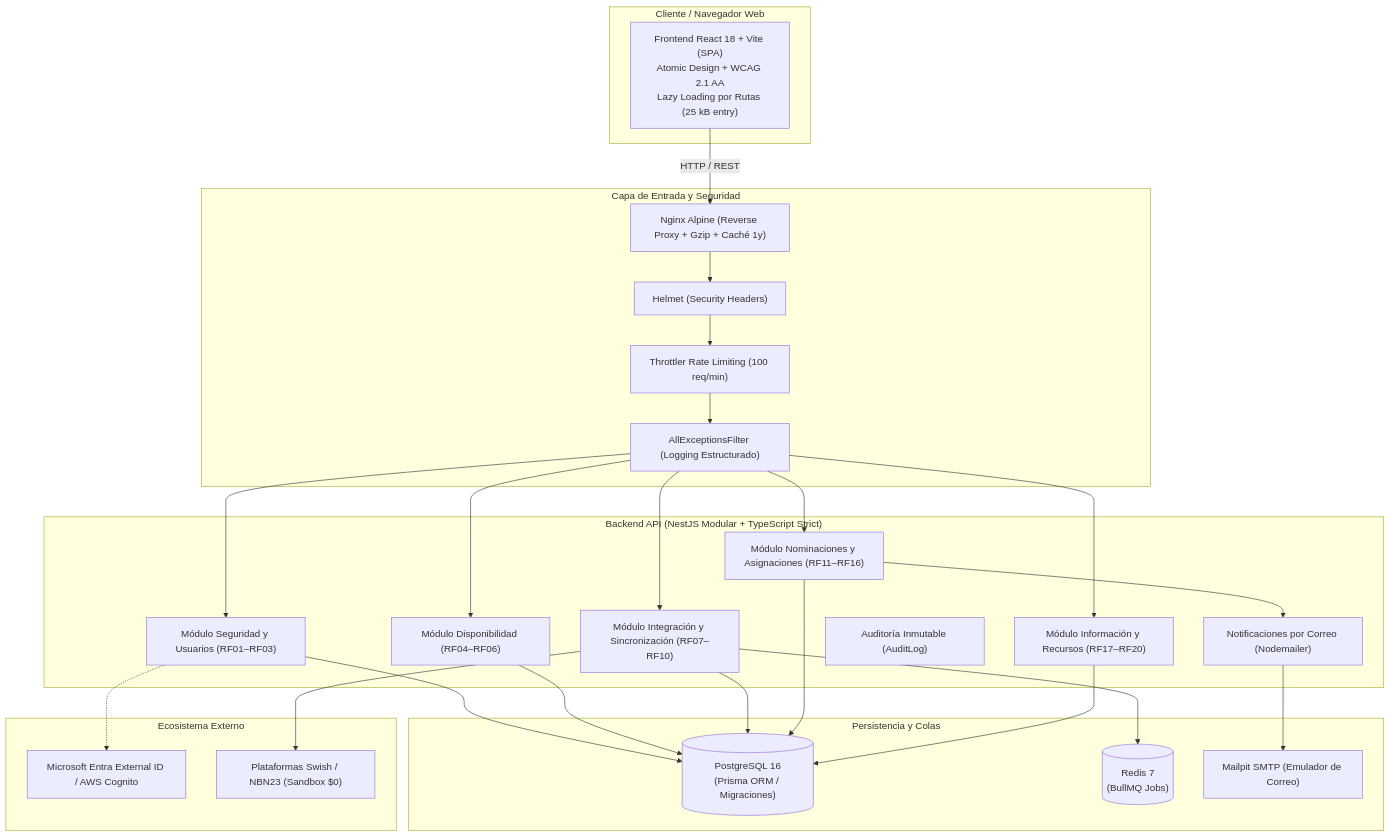
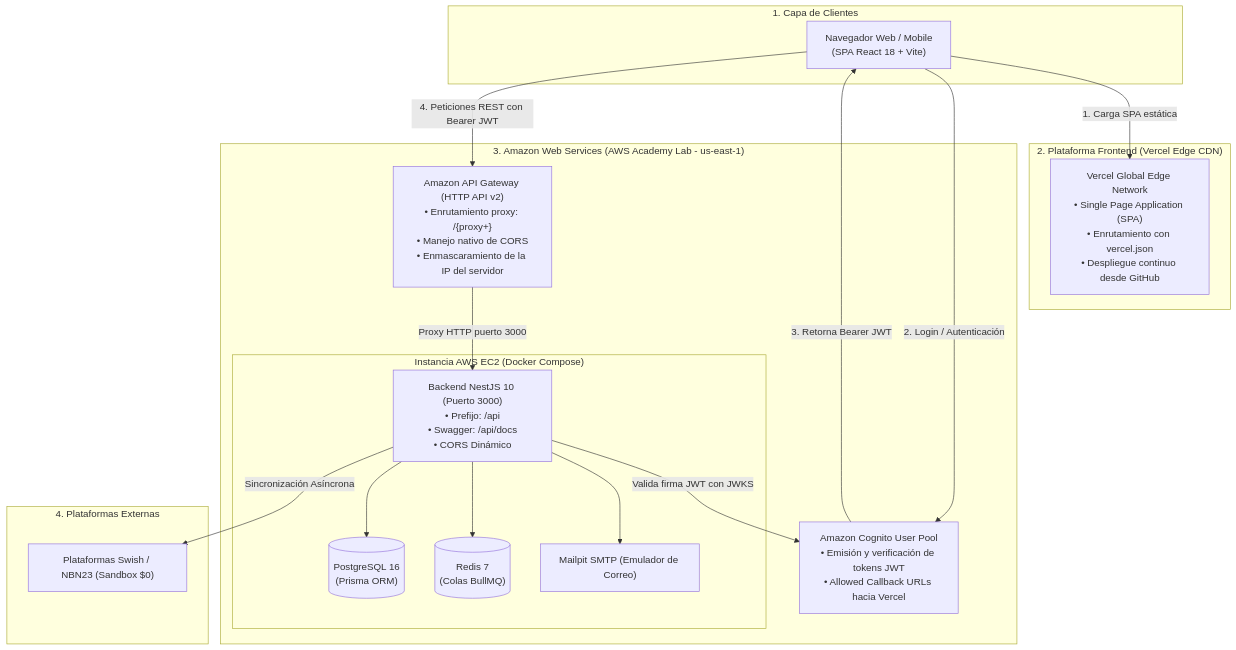
The diagram in README.md (MartinTCorrea/proyecto-capstone-frontend), drawn with Mermaid before and after one commit. The commit also changed other lines of this file and 36 other files, not shown here.

````diff
--- a/README.md
+++ b/README.md
@@ -17,45 +21,39 @@
 ```mermaid
 graph TD
-    subgraph Client["Cliente / Navegador Web"]
-        ReactApp["Frontend React 18 + Vite (SPA)\nAtomic Design + WCAG 2.1 AA\nLazy Loading por Rutas (25 kB entry)"]
+    subgraph Client["1. Capa de Clientes"]
+        Browser["Navegador Web / Mobile\n(SPA React 18 + Vite)"]
     end
 
-    subgraph Ingress["Capa de Entrada y Seguridad"]
-        Nginx["Nginx Alpine (Reverse Proxy + Gzip + Caché 1y)"]
-        Helmet["Helmet (Security Headers)"]
-        Throttler["Throttler Rate Limiting (100 req/min)"]
-        ExceptionFilter["AllExceptionsFilter (Logging Estructurado)"]
+    subgraph FrontendPlatform["2. Plataforma Frontend (Vercel Edge CDN)"]
+        VercelCDN["Vercel Global Edge Network\n• Single Page Application (SPA)\n• Enrutamiento con vercel.json\n• Despliegue continuo desde GitHub"]
     end
 
-    subgraph BackendApp["Backend API (NestJS Modular + TypeScript Strict)"]
-        AuthMod["Módulo Seguridad y Usuarios (RF01–RF03)"]
-        AvailMod["Módulo Disponibilidad (RF04–RF06)"]
-        MatchMod["Módulo Integración y Sincronización (RF07–RF10)"]
-        NomMod["Módulo Nominaciones y Asignaciones (RF11–RF16)"]
-        ResMod["Módulo Información y Recursos (RF17–RF20)"]
-        AuditMod["Auditoría Inmutable (AuditLog)"]
-        MailMod["Notificaciones por Correo (Nodemailer)"]
+    subgraph AWSCloud["3. Amazon Web Services (AWS Academy Lab - us-east-1)"]
+        Cognito["Amazon Cognito User Pool\n• Emisión y verificación de tokens JWT\n• Allowed Callback URLs hacia Vercel"]
+        APIGW["Amazon API Gateway (HTTP API v2)\n• Enrutamiento proxy: /{proxy+}\n• Manejo nativo de CORS\n• Enmascaramiento de la IP del servidor"]
+        
+        subgraph EC2["Instancia AWS EC2 (Docker Compose)"]
+            NestAPI["Backend NestJS 10 (Puerto 3000)\n• Prefijo: /api\n• Swagger: /api/docs\n• CORS Dinámico"]
+            Postgres[("PostgreSQL 16\n(Prisma ORM)")]
+            Redis[("Redis 7\n(Colas BullMQ)")]
+            Mailpit["Mailpit SMTP (Emulador de Correo)"]
+            
+            NestAPI --> Postgres
+            NestAPI --> Redis
+            NestAPI --> Mailpit
+        end
+        
+        APIGW -->|Proxy HTTP puerto 3000| NestAPI
+        NestAPI -->|Valida firma JWT con JWKS| Cognito
     end
 
-    subgraph DataQueue["Persistencia y Colas"]
-        Postgres[("PostgreSQL 16\n(Prisma ORM / Migraciones)")]
-        Redis[("Redis 7\n(BullMQ Jobs)")]
-        Mailpit["Mailpit SMTP (Emulador de Correo)"]
-    end
-
-    subgraph ExternalServices["Ecosistema Externo"]
-        AzureEntra["Microsoft Entra External ID / AWS Cognito"]
+    subgraph ExternalPlatforms["4. Plataformas Externas"]
         SwishAPI["Plataformas Swish / NBN23 (Sandbox $0)"]
     end
 
-    ReactApp -->|HTTP / REST| Nginx
-    Nginx --> Helmet --> Throttler --> ExceptionFilter
-    ExceptionFilter --> AuthMod & AvailMod & MatchMod & NomMod & ResMod
-
-    AuthMod & AvailMod & MatchMod & NomMod & ResMod --> Postgres
-    MatchMod --> Redis
-    NomMod --> MailMod
-    MailMod --> Mailpit
-    MatchMod --> SwishAPI
-    AuthMod -.-> AzureEntra
+    Browser -->|1. Carga SPA estática| VercelCDN
+    Browser -->|2. Login / Autenticación| Cognito
+    Cognito -->|3. Retorna Bearer JWT| Browser
+    Browser -->|4. Peticiones REST con Bearer JWT| APIGW
+    NestAPI -->|Sincronización Asíncrona| SwishAPI
 ```
````
